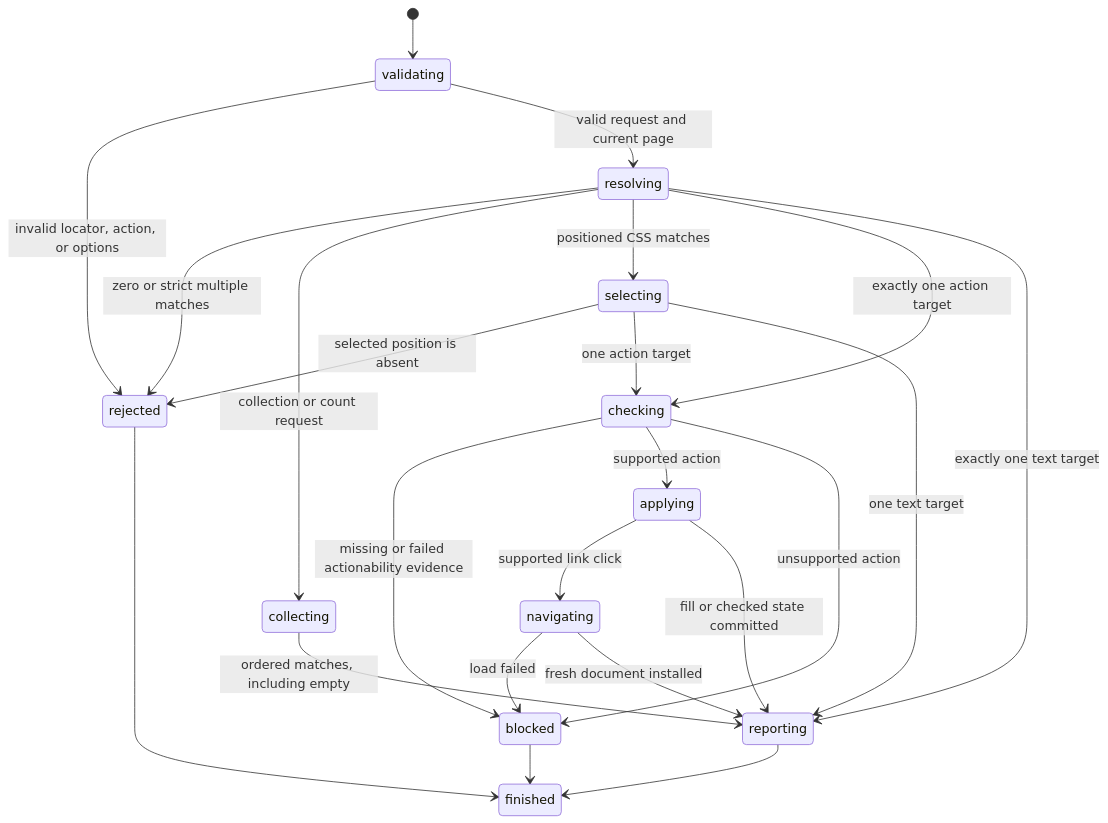
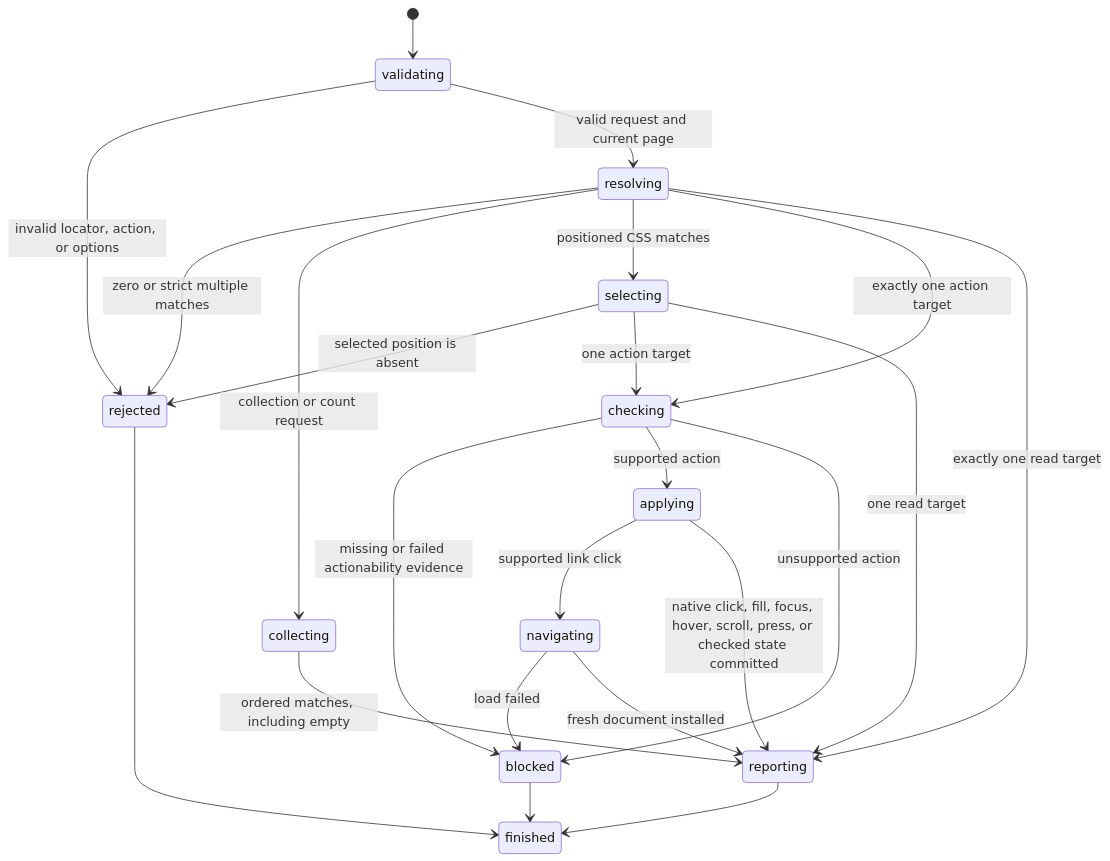
The diagram in inspection/query-elements.md (thoriqakbar0/browser.jr), drawn with Mermaid before and after one commit. The commit also changed other lines of this file and 80 other files, not shown here.

````diff
--- a/inspection/query-elements.md
+++ b/inspection/query-elements.md
@@ -62,25 +71,25 @@
 ```mermaid
 stateDiagram-v2
     [*] --> validating
     validating --> rejected : invalid locator, action, or options
     validating --> resolving : valid request and current page
     resolving --> rejected : zero or strict multiple matches
     resolving --> collecting : collection or count request
     resolving --> selecting : positioned CSS matches
     selecting --> rejected : selected position is absent
     selecting --> checking : one action target
-    selecting --> reporting : one text target
+    selecting --> reporting : one read target
     resolving --> checking : exactly one action target
     collecting --> reporting : ordered matches, including empty
-    resolving --> reporting : exactly one text target
+    resolving --> reporting : exactly one read target
     checking --> blocked : missing or failed actionability evidence
     checking --> applying : supported action
     checking --> blocked : unsupported action
     applying --> navigating : supported link click
-    applying --> reporting : fill or checked state committed
+    applying --> reporting : native click, fill, focus, hover, scroll, press, or checked state committed
     navigating --> blocked : load failed
     navigating --> reporting : fresh document installed
     reporting --> finished
     rejected --> finished
     blocked --> finished
 ```
````
